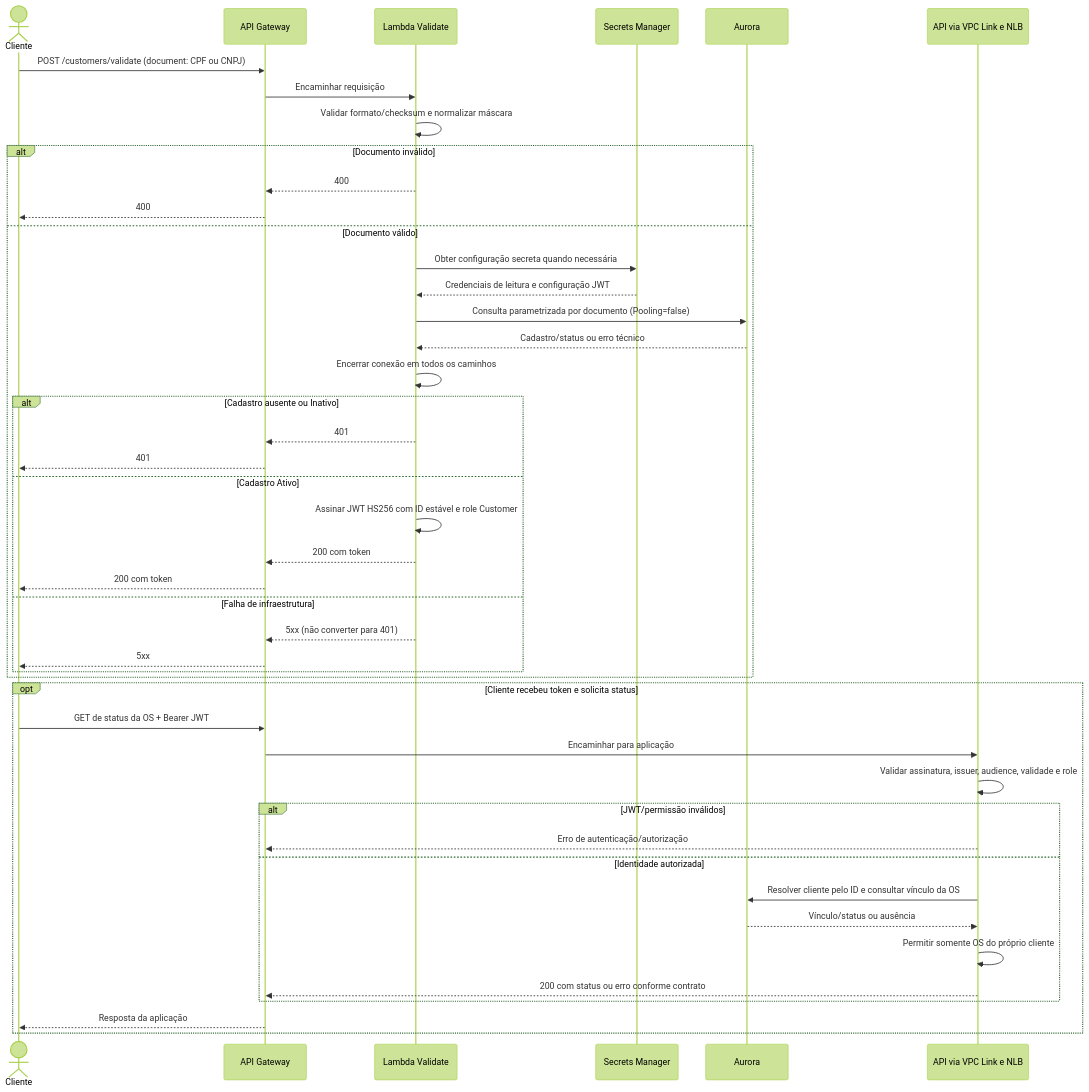
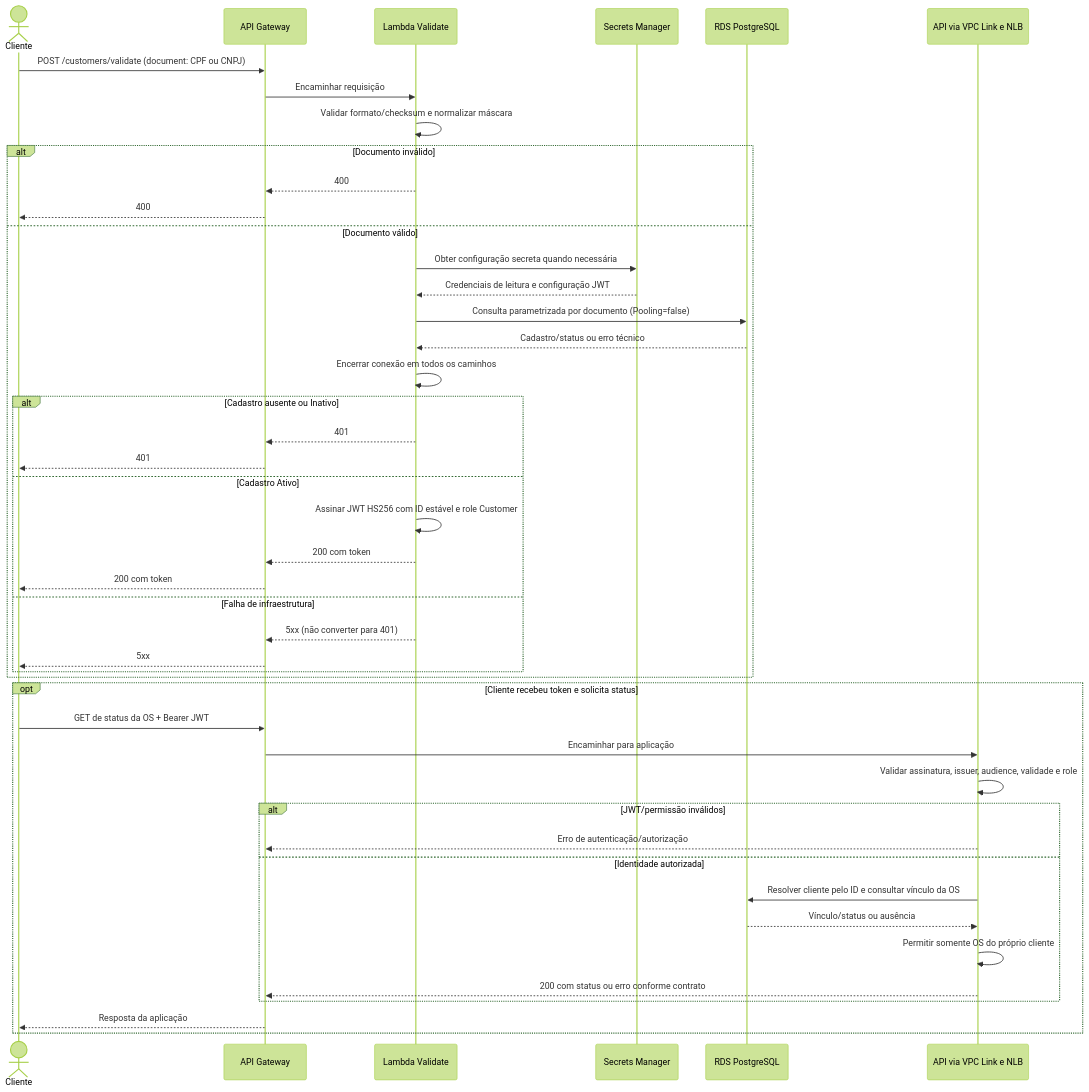
One commit to pknfelps/GerenciamentoMecanicaSistema changed the diagram in docs/arquitetura/diagramas/VALIDACAO_CPF.md. Above: the diagram before and after it, drawn with Mermaid (forest theme). The commit also changed 21 other files, not shown here.

````diff
--- a/docs/arquitetura/diagramas/VALIDACAO_CPF.md
+++ b/docs/arquitetura/diagramas/VALIDACAO_CPF.md
@@ -7,47 +7,47 @@
 ```mermaid
 sequenceDiagram
     actor C as Cliente
     participant G as API Gateway
     participant F as Lambda Validate
     participant S as Secrets Manager
-    participant D as Aurora
+    participant D as RDS PostgreSQL
     participant A as API via VPC Link e NLB
     C->>G: POST /customers/validate (document: CPF ou CNPJ)
     G->>F: Encaminhar requisição
     F->>F: Validar formato/checksum e normalizar máscara
     alt Documento inválido
         F-->>G: 400
         G-->>C: 400
     else Documento válido
         F->>S: Obter configuração secreta quando necessária
         S-->>F: Credenciais de leitura e configuração JWT
         F->>D: Consulta parametrizada por documento (Pooling=false)
         D-->>F: Cadastro/status ou erro técnico
         F->>F: Encerrar conexão em todos os caminhos
         alt Cadastro ausente ou Inativo
             F-->>G: 401
             G-->>C: 401
         else Cadastro Ativo
             F->>F: Assinar JWT HS256 com ID estável e role Customer
             F-->>G: 200 com token
             G-->>C: 200 com token
         else Falha de infraestrutura
             F-->>G: 5xx (não converter para 401)
             G-->>C: 5xx
         end
     end
     opt Cliente recebeu token e solicita status
         C->>G: GET de status da OS + Bearer JWT
         G->>A: Encaminhar para aplicação
         A->>A: Validar assinatura, issuer, audience, validade e role
         alt JWT/permissão inválidos
             A-->>G: Erro de autenticação/autorização
         else Identidade autorizada
             A->>D: Resolver cliente pelo ID e consultar vínculo da OS
             D-->>A: Vínculo/status ou ausência
             A->>A: Permitir somente OS do próprio cliente
             A-->>G: 200 com status ou erro conforme contrato
         end
         G-->>C: Resposta da aplicação
     end
 ```
````
